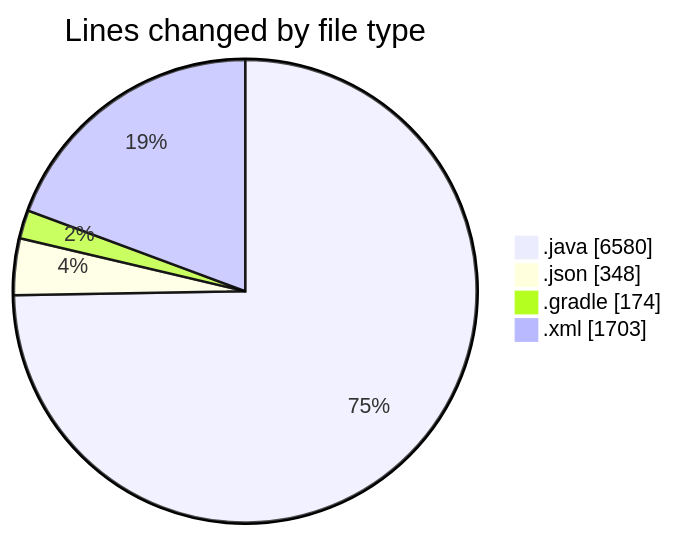
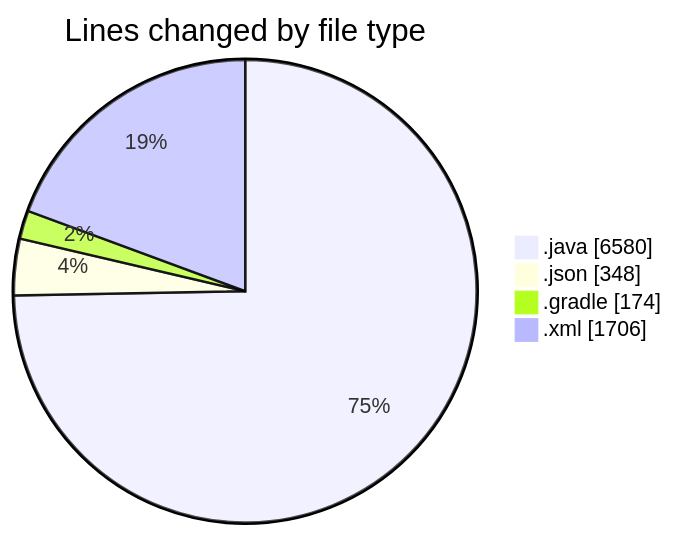
One commit to charlie-sans/code-tracking changed the first of 2 diagrams in 2025-02-22/micros/README.md. Above: the diagram before and after it, drawn with Mermaid. The commit also changed other lines of this file and 1 other file, not shown here.

````diff
--- a/2025-02-22/micros/README.md
+++ b/2025-02-22/micros/README.md
@@ -67,8 +67,8 @@
 ```mermaid
 pie showData
 title Lines changed by file type
 ".java" : 6580
 ".json" : 348
 ".gradle" : 174
-".xml" : 1703
+".xml" : 1706
 ```
````
